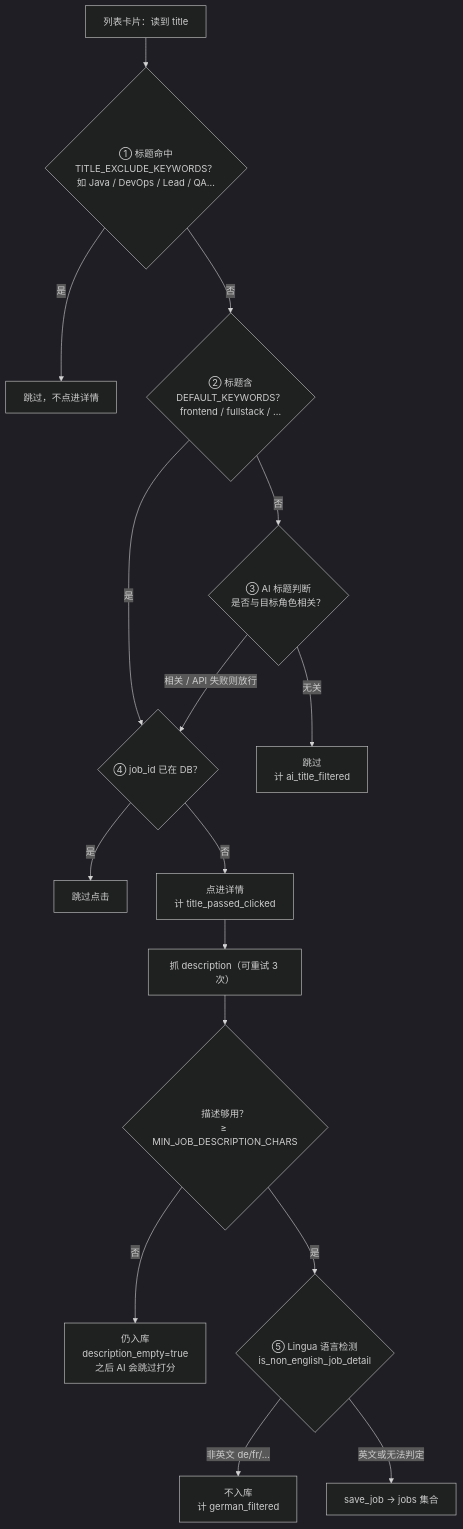
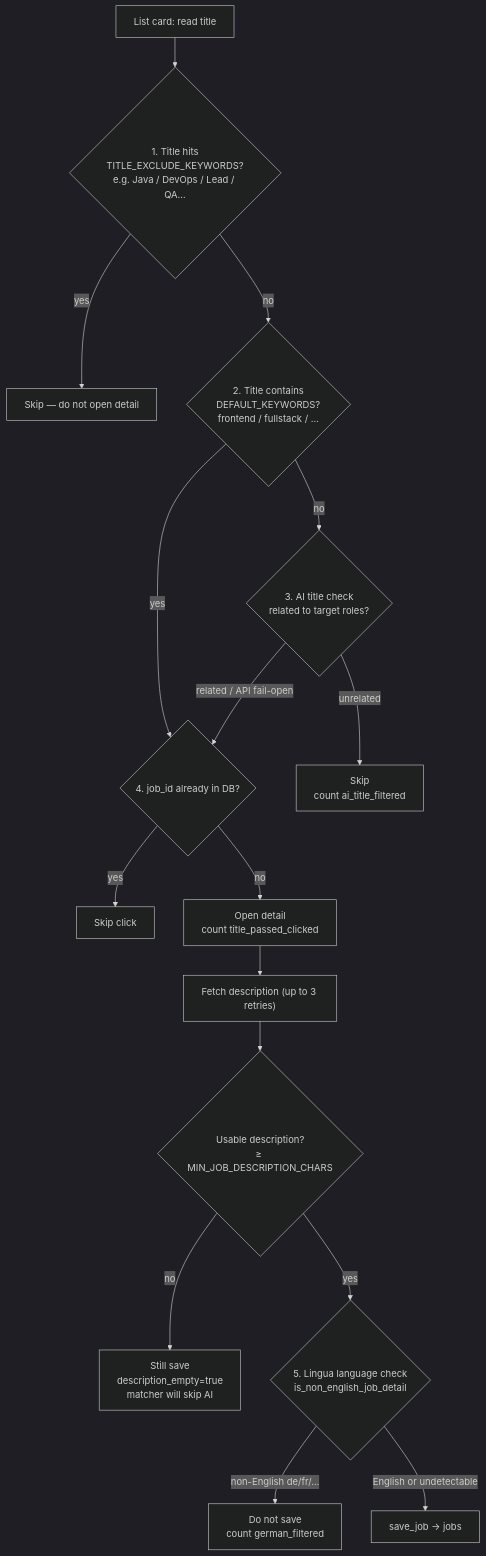
One commit to CarrieNong/job_scraper changed the fourth of 5 diagrams in docs/architecture.md. Above: the diagram before and after it, drawn with Mermaid (dark theme). The commit also changed other lines of this file and 1 other file, not shown here.

````diff
--- a/docs/architecture.md
+++ b/docs/architecture.md
@@ -180,25 +182,25 @@
 ```mermaid
 flowchart TD
-    Card["列表卡片：读到 title"]
+    Card["List card: read title"]
 
-    Card --> Excl{"① 标题命中<br/>TITLE_EXCLUDE_KEYWORDS？<br/>如 Java / DevOps / Lead / QA…"}
-    Excl -->|是| Skip1["跳过，不点进详情"]
-    Excl -->|否| KW{"② 标题含<br/>DEFAULT_KEYWORDS？<br/>frontend / fullstack / …"}
+    Card --> Excl{"1. Title hits<br/>TITLE_EXCLUDE_KEYWORDS?<br/>e.g. Java / DevOps / Lead / QA…"}
+    Excl -->|yes| Skip1["Skip — do not open detail"]
+    Excl -->|no| KW{"2. Title contains<br/>DEFAULT_KEYWORDS?<br/>frontend / fullstack / …"}
 
-    KW -->|是| Dedup
-    KW -->|否| AITitle{"③ AI 标题判断<br/>是否与目标角色相关？"}
-    AITitle -->|无关| Skip2["跳过<br/>计 ai_title_filtered"]
-    AITitle -->|相关 / API 失败则放行| Dedup
+    KW -->|yes| Dedup
+    KW -->|no| AITitle{"3. AI title check<br/>related to target roles?"}
+    AITitle -->|unrelated| Skip2["Skip<br/>count ai_title_filtered"]
+    AITitle -->|related / API fail-open| Dedup
 
-    Dedup{"④ job_id 已在 DB？"}
-    Dedup -->|是| Skip3["跳过点击"]
-    Dedup -->|否| Click["点进详情<br/>计 title_passed_clicked"]
+    Dedup{"4. job_id already in DB?"}
+    Dedup -->|yes| Skip3["Skip click"]
+    Dedup -->|no| Click["Open detail<br/>count title_passed_clicked"]
 
-    Click --> Fetch["抓 description（可重试 3 次）"]
-    Fetch --> Empty{"描述够用？<br/>≥ MIN_JOB_DESCRIPTION_CHARS"}
-    Empty -->|否| SaveEmpty["仍入库<br/>description_empty=true<br/>之后 AI 会跳过打分"]
-    Empty -->|是| Lang{"⑤ Lingua 语言检测<br/>is_non_english_job_detail"}
+    Click --> Fetch["Fetch description (up to 3 retries)"]
+    Fetch --> Empty{"Usable description?<br/>≥ MIN_JOB_DESCRIPTION_CHARS"}
+    Empty -->|no| SaveEmpty["Still save<br/>description_empty=true<br/>matcher will skip AI"]
+    Empty -->|yes| Lang{"5. Lingua language check<br/>is_non_english_job_detail"}
 
-    Lang -->|非英文 de/fr/…| SkipDE["不入库<br/>计 german_filtered"]
-    Lang -->|英文或无法判定| Save["save_job → jobs 集合"]
+    Lang -->|non-English de/fr/…| SkipDE["Do not save<br/>count german_filtered"]
+    Lang -->|English or undetectable| Save["save_job → jobs"]
 ```
````
